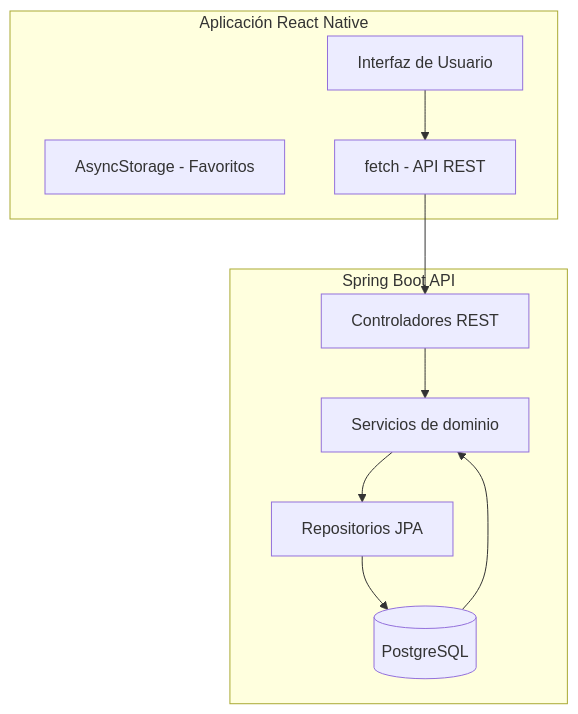
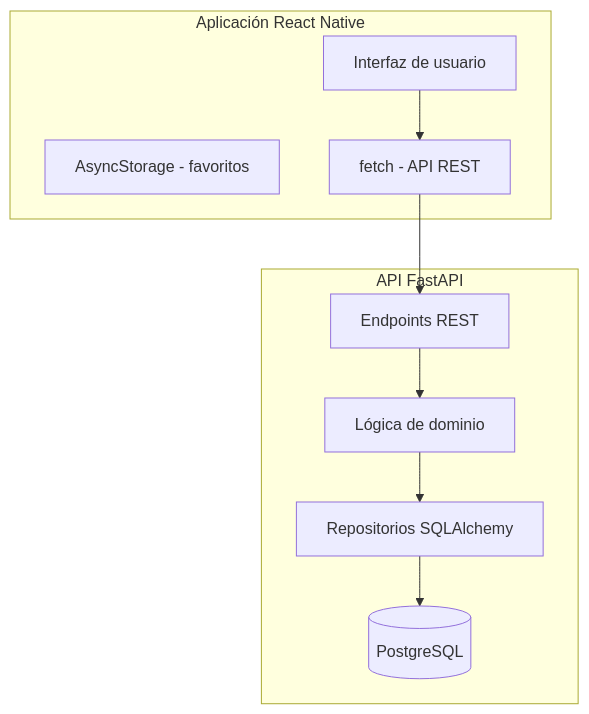
Before and after one commit to AaronKibysz/AAProject: the diagram in README.md, drawn with Mermaid. The commit also changed other lines of this file and 6 other files, not shown here.

````diff
--- a/README.md
+++ b/README.md
@@ -65,22 +42,21 @@
 ```mermaid
 graph TD
     subgraph Mobile [Aplicación React Native]
-        UI[Interfaz de Usuario]
-        Storage[AsyncStorage - Favoritos]
+        UI[Interfaz de usuario]
+        Storage[AsyncStorage - favoritos]
         API[fetch - API REST]
     end
 
-    subgraph Backend [Spring Boot API]
-        Controller[Controladores REST]
-        Service[Servicios de dominio]
-        Repository[Repositorios JPA]
+    subgraph Backend [API FastAPI]
+        Endpoints[Endpoints REST]
+        Domain[Lógica de dominio]
+        Repositories[Repositorios SQLAlchemy]
         DB[(PostgreSQL)]
     end
 
     UI --> API
-    API --> Controller
-    Controller --> Service
-    Service --> Repository
-    Repository --> DB
-    DB --> Service
+    API --> Endpoints
+    Endpoints --> Domain
+    Domain --> Repositories
+    Repositories --> DB
 ```
````
